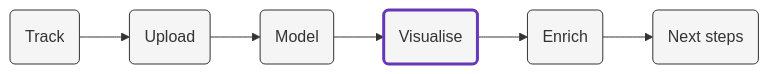
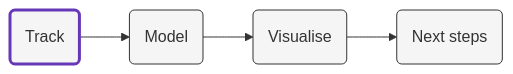
One commit to snowplow-incubator/consent-tracking-accelerator changed the diagram in content/tracking/_index.md. Above: the diagram before and after it, drawn with Mermaid. The commit also changed other lines of this file and 7 other files, not shown here.

```diff
--- a/content/tracking/_index.md
+++ b/content/tracking/_index.md
@@ -13,10 +13,8 @@
 {{<mermaid>}}
 flowchart LR
-id1(Track)-->id2(Upload)-->id3(Model)-->id4(Visualise)-->id5(Enrich)-->id6(Next steps)
-style id4 fill:#f5f5f5,stroke:#6638B8,stroke-width:3px
-style id1 fill:#f5f5f5,stroke:#333,stroke-width:1px
+id1(Track)-->id2(Model)-->id3(Visualise)-->id4(Next steps)
+style id1 fill:#f5f5f5,stroke:#6638B8,stroke-width:3px
+style id2 fill:#f5f5f5,stroke:#333,stroke-width:1px
 style id3 fill:#f5f5f5,stroke:#333,stroke-width:1px
-style id5 fill:#f5f5f5,stroke:#333,stroke-width:1px
-style id2 fill:#f5f5f5,stroke:#333,stroke-width:1px
-style id6 fill:#f5f5f5,stroke:#333,stroke-width:1px
+style id4 fill:#f5f5f5,stroke:#333,stroke-width:1px
 {{</mermaid >}}
```
